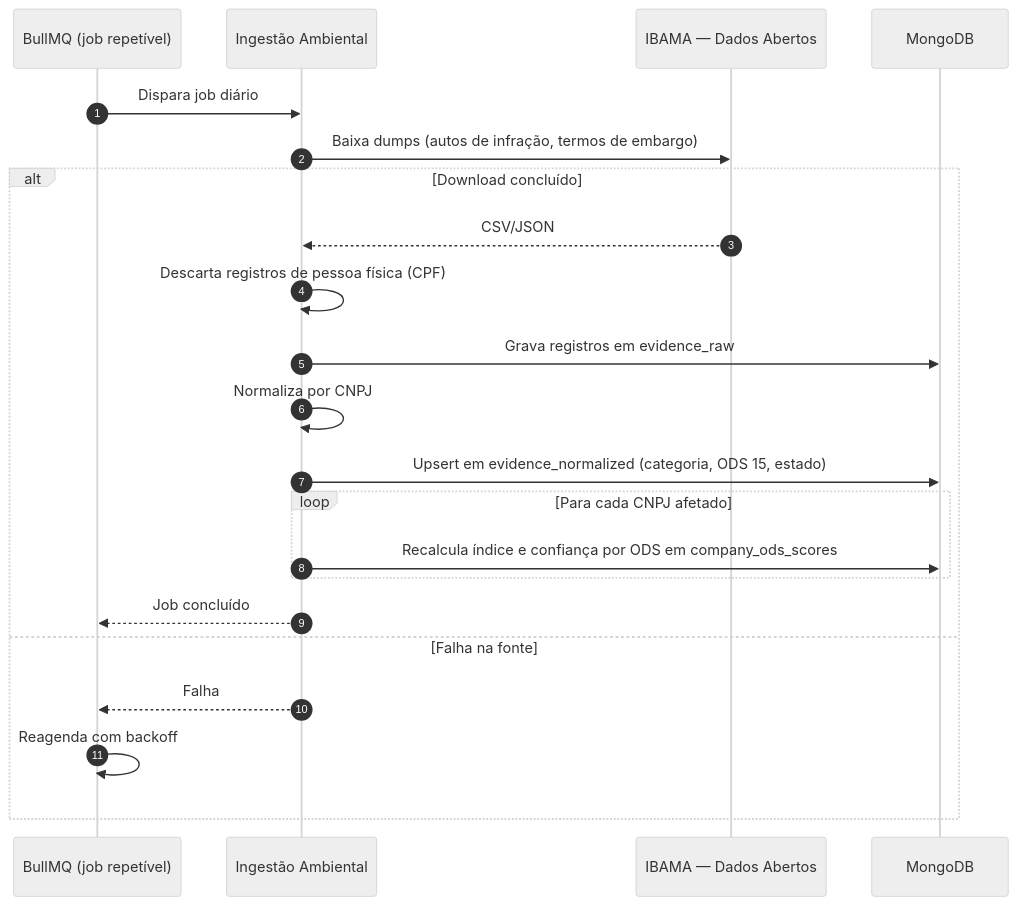
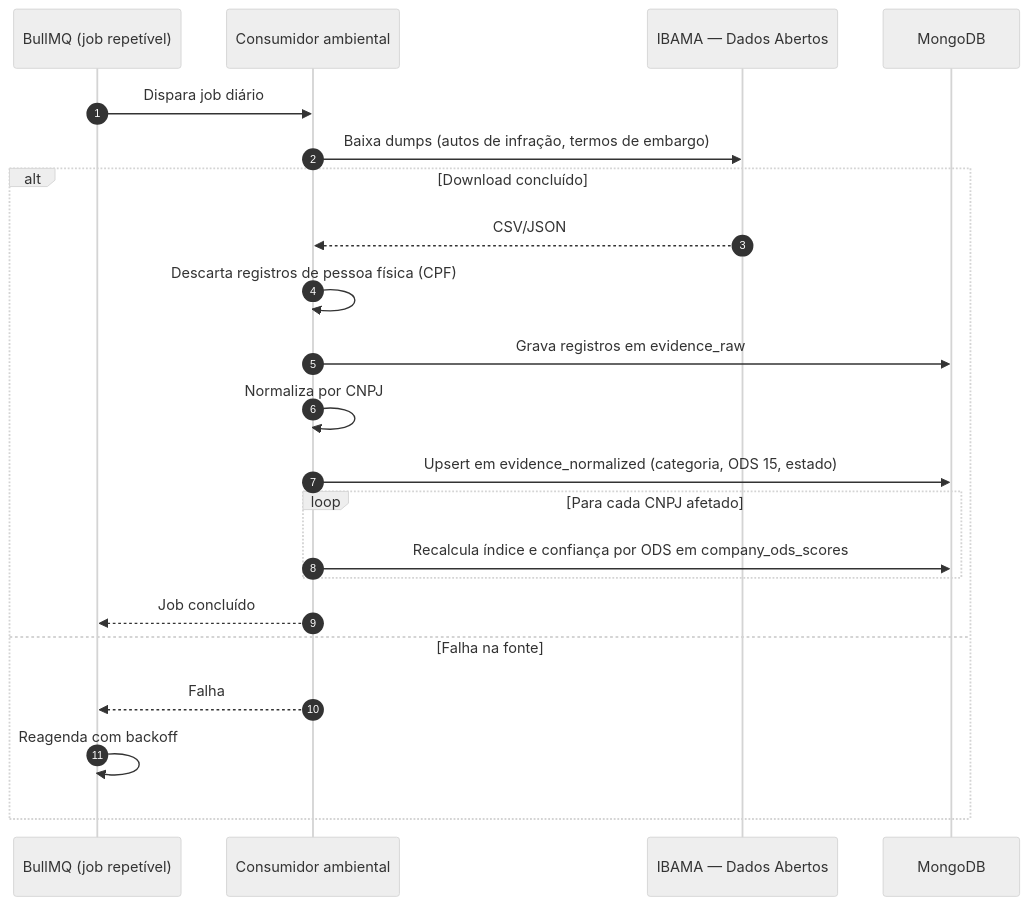
The fourth of 6 diagrams in 08-Artefatos-de-Análise.md (odavibatista/bios-docs), drawn with Mermaid (neutral theme) before and after one commit. The commit also changed other lines of this file and 4 other files, not shown here.

````diff
--- a/08-Artefatos-de-Análise.md
+++ b/08-Artefatos-de-Análise.md
@@ -968,25 +971,25 @@
 ```mermaid
 sequenceDiagram
     autonumber
     participant Q as BullMQ (job repetível)
-    participant AMB as Ingestão Ambiental
+    participant AMB as Consumidor ambiental
     participant IB as IBAMA — Dados Abertos
     participant DB as MongoDB
 
     Q->>AMB: Dispara job diário
     AMB->>IB: Baixa dumps (autos de infração, termos de embargo)
     alt Download concluído
         IB-->>AMB: CSV/JSON
         AMB->>AMB: Descarta registros de pessoa física (CPF)
         AMB->>DB: Grava registros em evidence_raw
         AMB->>AMB: Normaliza por CNPJ
         AMB->>DB: Upsert em evidence_normalized (categoria, ODS 15, estado)
         loop Para cada CNPJ afetado
             AMB->>DB: Recalcula índice e confiança por ODS em company_ods_scores
         end
         AMB-->>Q: Job concluído
     else Falha na fonte
         AMB-->>Q: Falha
         Q->>Q: Reagenda com backoff
     end
 ```
````
